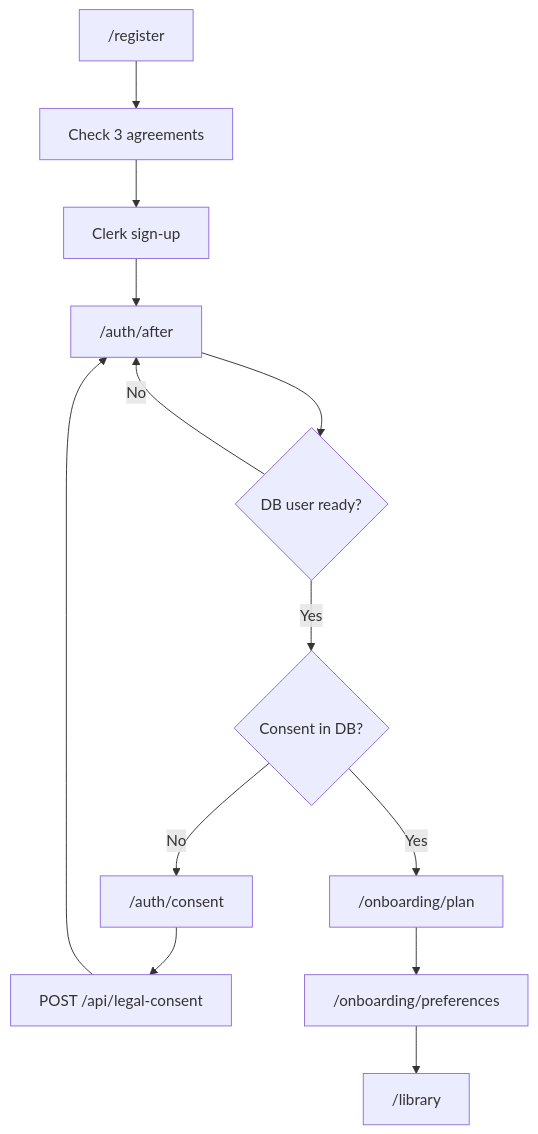
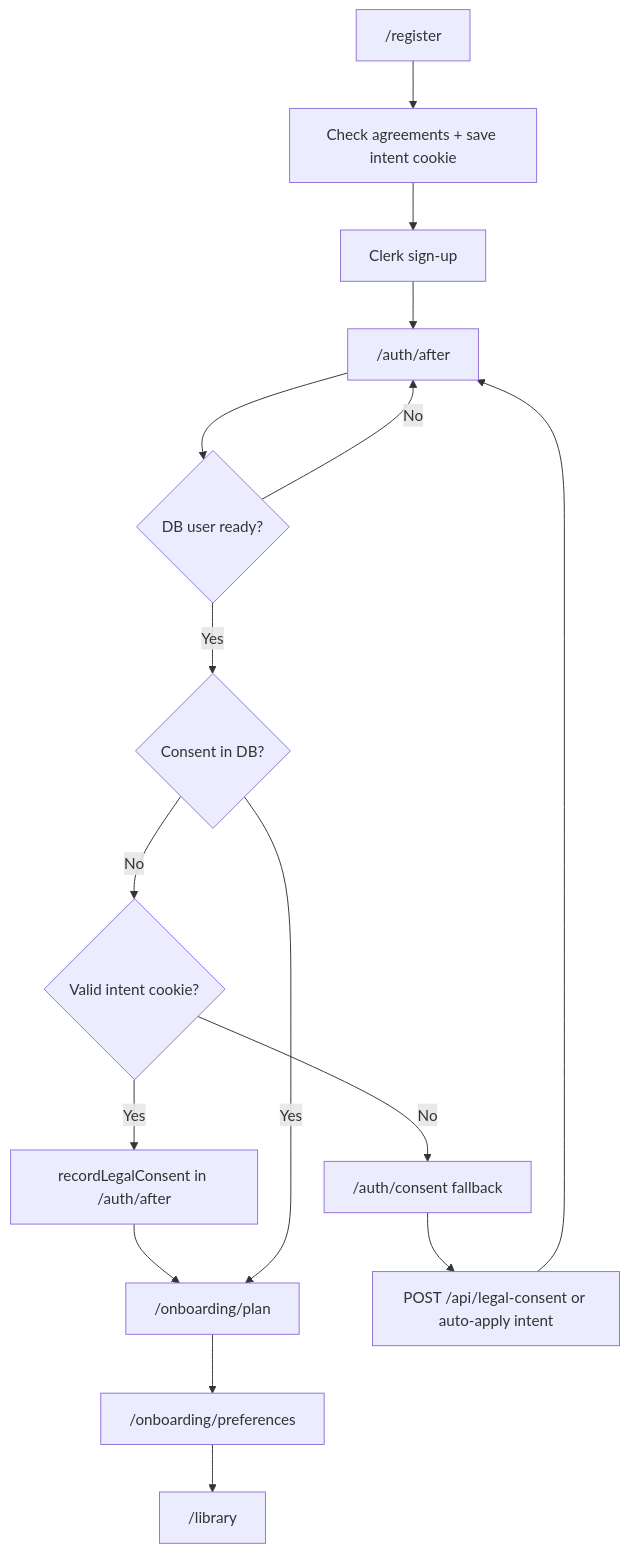
Before and after one commit to C-R-Cook/NovelViz-2: the diagram in docs/legal-consent-signup.md, drawn with Mermaid. The commit also changed other lines of this file and 11 other files, not shown here.

````diff
--- a/docs/legal-consent-signup.md
+++ b/docs/legal-consent-signup.md
@@ -120,15 +128,18 @@
 ```mermaid
 flowchart TD
-  A["/register"] --> B["Check 3 agreements"]
+  A["/register"] --> B["Check agreements + save intent cookie"]
   B --> C["Clerk sign-up"]
   C --> D["/auth/after"]
   D --> E{"DB user ready?"}
   E -->|No| D
   E -->|Yes| F{"Consent in DB?"}
-  F -->|No| G["/auth/consent"]
-  G --> H["POST /api/legal-consent"]
-  H --> D
-  F -->|Yes| I["/onboarding/plan"]
-  I --> J["/onboarding/preferences"]
-  J --> K["/library"]
+  F -->|No| G{"Valid intent cookie?"}
+  G -->|Yes| H["recordLegalConsent in /auth/after"]
+  H --> I["/onboarding/plan"]
+  G -->|No| J["/auth/consent fallback"]
+  J --> K["POST /api/legal-consent or auto-apply intent"]
+  K --> D
+  F -->|Yes| I
+  I --> L["/onboarding/preferences"]
+  L --> M["/library"]
 ```
````
